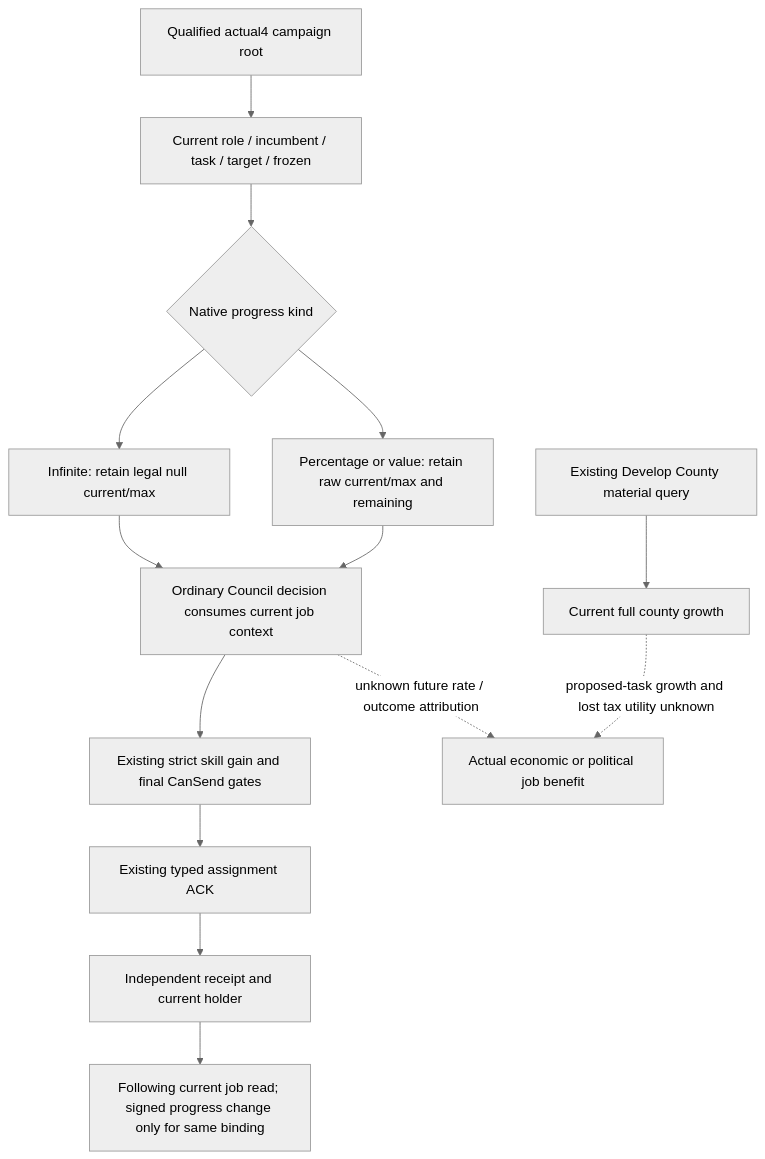
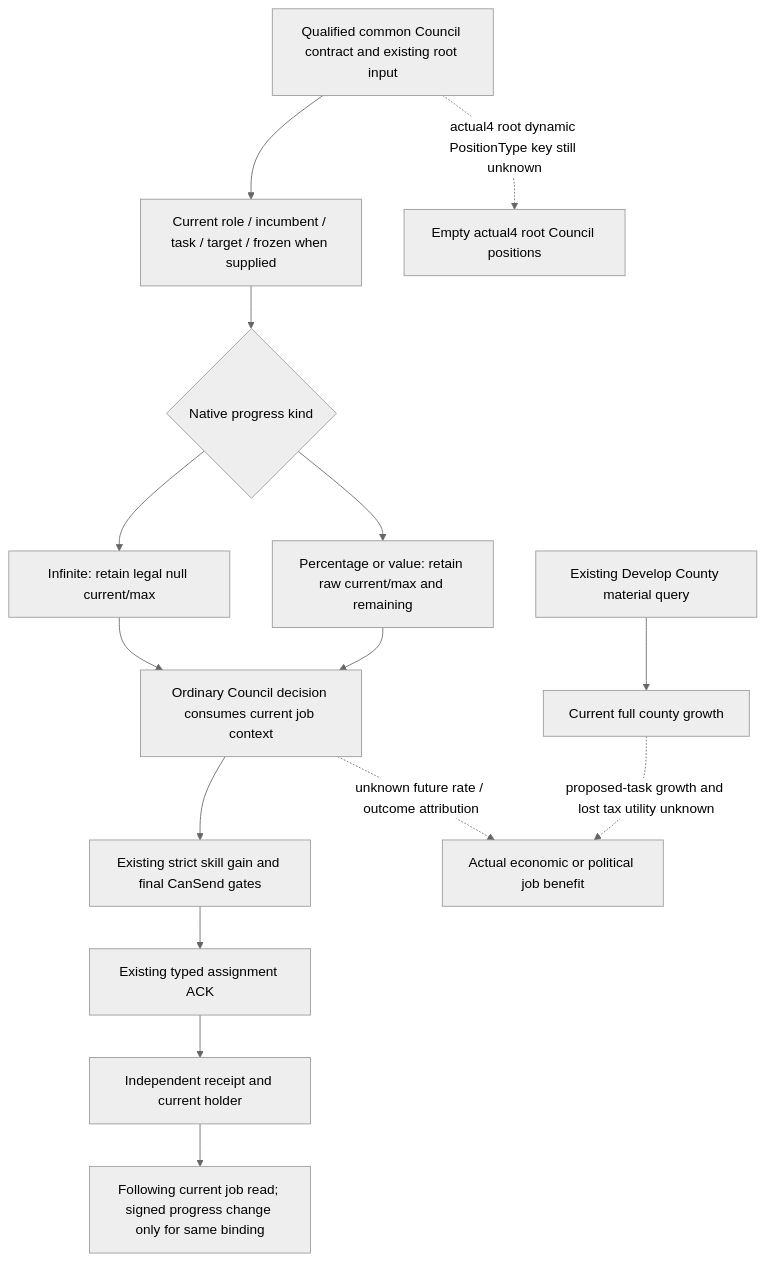
The diagram in docs/ck3-native-ai/council-current-job-progress-normal-consumer-12004.md (XenoAmess/ck3_eternal_recurrence), drawn with Mermaid (neutral theme) before and after one commit. The commit also changed other lines of this file and 1 other file, not shown here.

Commit message:
Record current Council tax component source and finite capture plan

````diff
--- a/docs/ck3-native-ai/council-current-job-progress-normal-consumer-12004.md
+++ b/docs/ck3-native-ai/council-current-job-progress-normal-consumer-12004.md
@@ -37,16 +42,17 @@
 ```mermaid
 flowchart TD
-    R[Qualified actual4 campaign root] --> T[Current role / incumbent / task / target / frozen]
+    R[Qualified common Council contract and existing root input] --> T[Current role / incumbent / task / target / frozen when supplied]
+    R -. actual4 root dynamic PositionType key still unknown .-> X[Empty actual4 root Council positions]
     T --> K{Native progress kind}
     K --> I[Infinite: retain legal null current/max]
     K --> B[Percentage or value: retain raw current/max and remaining]
     I --> P[Ordinary Council decision consumes current job context]
     B --> P
     P --> S[Existing strict skill gain and final CanSend gates]
     S --> A[Existing typed assignment ACK]
     A --> V[Independent receipt and current holder]
     V --> F[Following current job read; signed progress change only for same binding]
     P -. unknown future rate / outcome attribution .-> E[Actual economic or political job benefit]
     D[Existing Develop County material query] --> G[Current full county growth]
     G -. proposed-task growth and lost tax utility unknown .-> E
 ```
````
